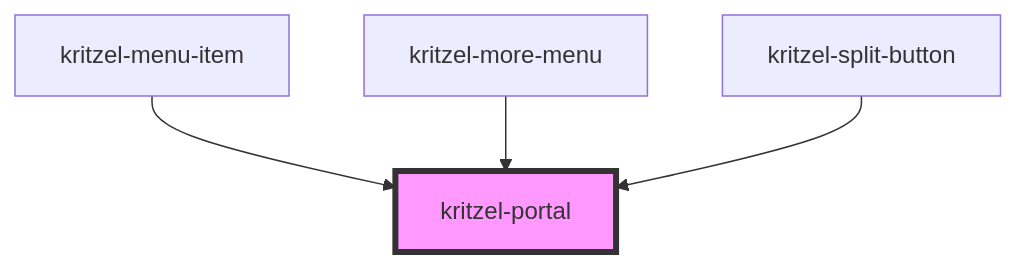
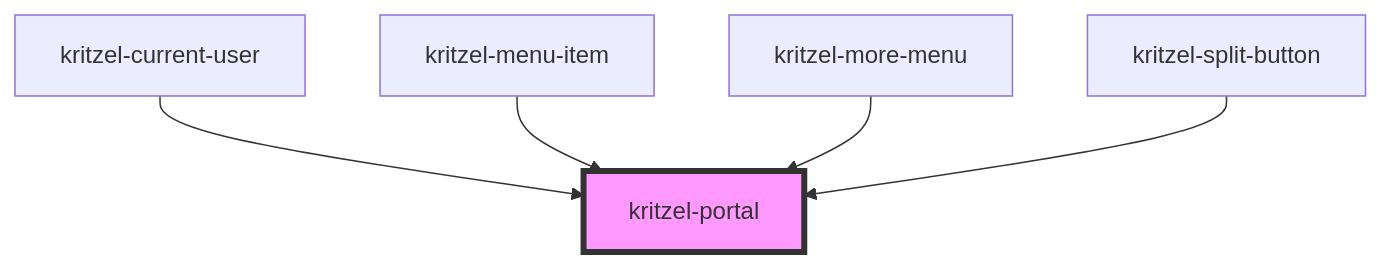
One commit to kasual1/kritzel changed the diagram in libs/kritzel-stencil/src/components/shared/kritzel-portal/readme.md. Above: the diagram before and after it, drawn with Mermaid. The commit also changed other lines of this file and 469 other files, not shown here.

````diff
--- a/libs/kritzel-stencil/src/components/shared/kritzel-portal/readme.md
+++ b/libs/kritzel-stencil/src/components/shared/kritzel-portal/readme.md
@@ -34,7 +35,8 @@
 ```mermaid
 graph TD;
+  kritzel-current-user --> kritzel-portal
   kritzel-menu-item --> kritzel-portal
   kritzel-more-menu --> kritzel-portal
   kritzel-split-button --> kritzel-portal
   style kritzel-portal fill:#f9f,stroke:#333,stroke-width:4px
 ```
````
